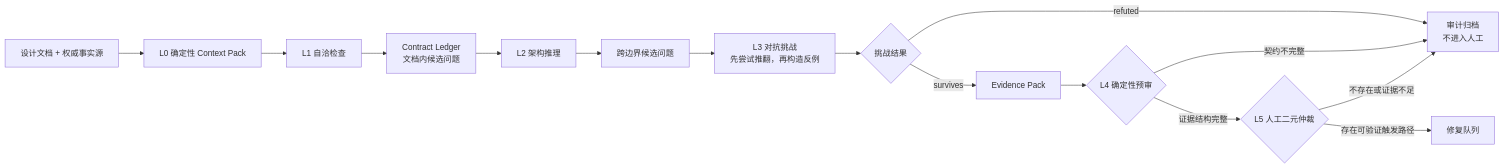
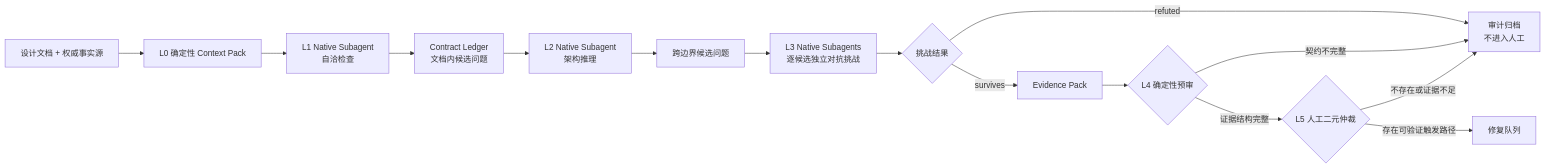
One commit to PANYUXIN6/TX-holdem-coach changed the diagram in docs/superpowers/specs/2026-07-31-layered-contract-design-review-skill-design.md. Above: the diagram before and after it, drawn with Mermaid. The commit also changed other lines of this file, not shown here.

Commit message:
docs: redesign review skill for native subagents

````diff
--- a/docs/superpowers/specs/2026-07-31-layered-contract-design-review-skill-design.md
+++ b/docs/superpowers/specs/2026-07-31-layered-contract-design-review-skill-design.md
@@ -90,17 +93,17 @@
 ```mermaid
 flowchart LR
     D["设计文档 + 权威事实源"] --> P["L0 确定性 Context Pack"]
-    P --> S["L1 自洽检查"]
+    P --> S["L1 Native Subagent<br/>自洽检查"]
     S --> C["Contract Ledger<br/>文档内候选问题"]
-    C --> A["L2 架构推理"]
+    C --> A["L2 Native Subagent<br/>架构推理"]
     A --> R["跨边界候选问题"]
-    R --> X["L3 对抗挑战<br/>先尝试推翻，再构造反例"]
+    R --> X["L3 Native Subagents<br/>逐候选独立对抗挑战"]
     X --> O{"挑战结果"}
     O -->|refuted| N["审计归档<br/>不进入人工"]
     O -->|survives| E["Evidence Pack"]
     E --> G{"L4 确定性预审"}
     G -->|契约不完整| N
     G -->|证据结构完整| H{"L5 人工二元仲裁"}
     H -->|存在可验证触发路径| Q["修复队列"]
     H -->|不存在或证据不足| N
 ```
````
